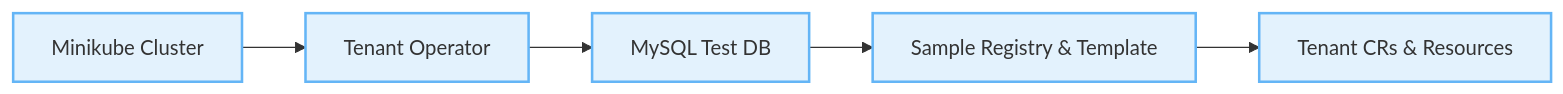
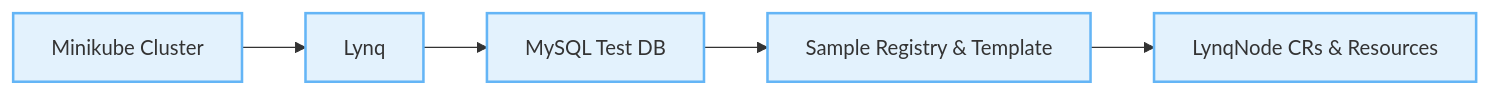
Before and after one commit to kubernetes-tenants/tenant-operator: the diagram in docs/quickstart.md, drawn with Mermaid. The commit also changed other lines of this file and 203 other files, not shown here.

First line of the commit message:
refactor: Complete rename from tenant-operator to lynq

````diff
--- a/docs/quickstart.md
+++ b/docs/quickstart.md
@@ -16,13 +20,13 @@
 ```mermaid
 flowchart LR
     Cluster["Minikube Cluster"]
-    Operator["Tenant Operator"]
+    Operator["Lynq"]
     Database["MySQL Test DB"]
     Templates["Sample Registry & Template"]
-    Tenants["Tenant CRs & Resources"]
+    Nodes["LynqNode CRs & Resources"]
 
-    Cluster --> Operator --> Database --> Templates --> Tenants
+    Cluster --> Operator --> Database --> Templates --> Nodes
 
     classDef stage fill:#e3f2fd,stroke:#64b5f6,stroke-width:2px;
-    class Cluster,Operator,Database,Templates,Tenants stage;
+    class Cluster,Operator,Database,Templates,Nodes stage;
 ```
````
